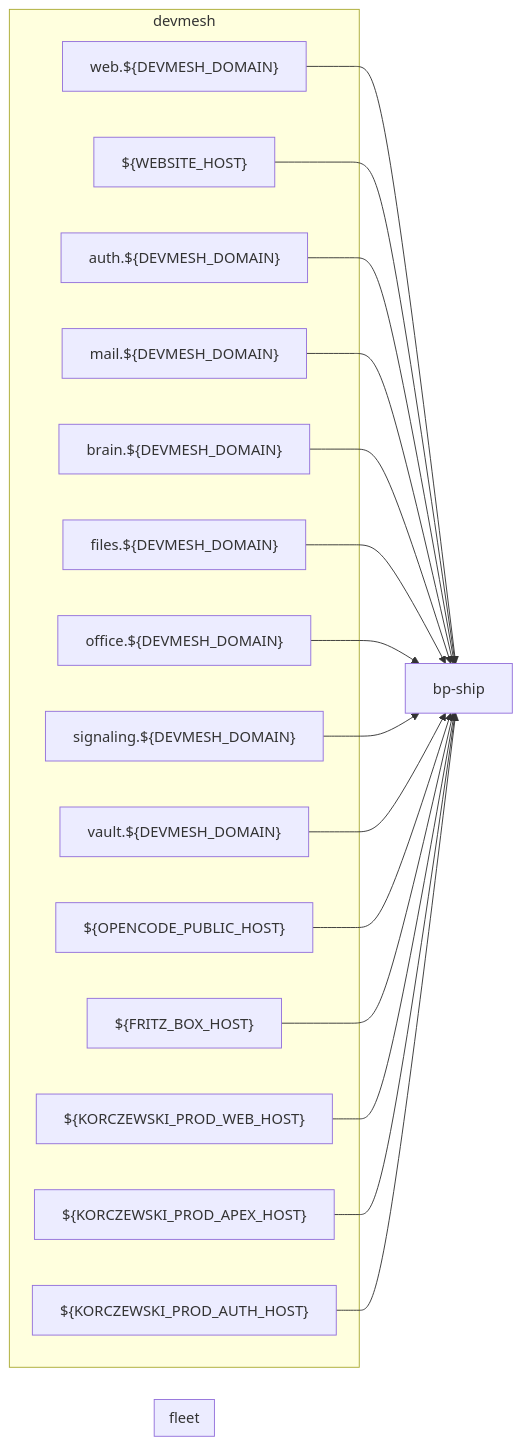
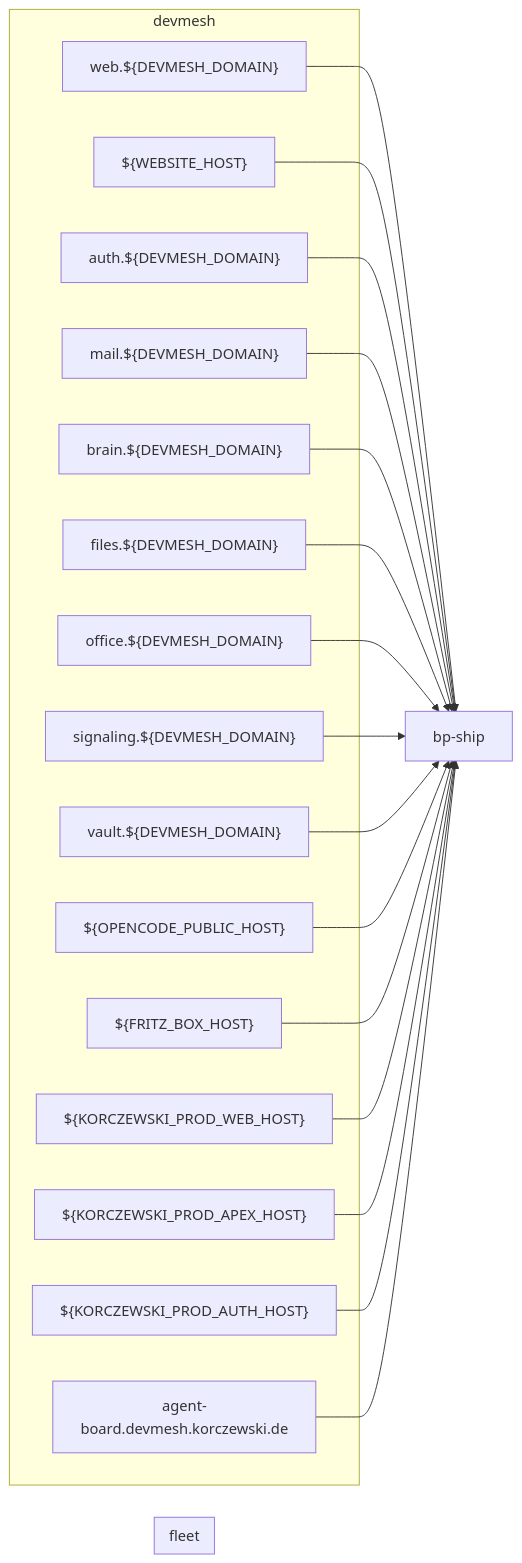
One commit to Paddione/Bachelorprojekt changed the diagram in docs/agent-guide/maps/domains-map.md. Above: the diagram before and after it, drawn with Mermaid. The commit also changed other lines of this file and 10 other files, not shown here.

First line of the commit message:
feat(docs): domains:graph — Subdomain-Auth/SSO/TLS im Repo-Graph, Seed-Clients opencode/fritz (#7085)

````diff
--- a/docs/agent-guide/maps/domains-map.md
+++ b/docs/agent-guide/maps/domains-map.md
@@ -8,36 +8,38 @@
 ```mermaid
 flowchart LR
     subgraph fleet["fleet"]
     end
     subgraph devmesh["devmesh"]
         devmesh_web["web.${DEVMESH_DOMAIN}"]
         devmesh_website_alias["${WEBSITE_HOST}"]
         devmesh_auth["auth.${DEVMESH_DOMAIN}"]
         devmesh_mail["mail.${DEVMESH_DOMAIN}"]
         devmesh_brain["brain.${DEVMESH_DOMAIN}"]
         devmesh_files["files.${DEVMESH_DOMAIN}"]
         devmesh_office["office.${DEVMESH_DOMAIN}"]
         devmesh_signaling["signaling.${DEVMESH_DOMAIN}"]
         devmesh_vault["vault.${DEVMESH_DOMAIN}"]
         devmesh_opencode["${OPENCODE_PUBLIC_HOST}"]
         devmesh_fritzbox["${FRITZ_BOX_HOST}"]
         korczewski_web_mirror["${KORCZEWSKI_PROD_WEB_HOST}"]
         korczewski_apex_mirror["${KORCZEWSKI_PROD_APEX_HOST}"]
         korczewski_auth_mirror["${KORCZEWSKI_PROD_AUTH_HOST}"]
+        devmesh_agent_board["agent-board.devmesh.korczewski.de"]
     end
     owner_bp_ship["bp-ship"]
     devmesh_web --> owner_bp_ship
     devmesh_website_alias --> owner_bp_ship
     devmesh_auth --> owner_bp_ship
     devmesh_mail --> owner_bp_ship
     devmesh_brain --> owner_bp_ship
     devmesh_files --> owner_bp_ship
     devmesh_office --> owner_bp_ship
     devmesh_signaling --> owner_bp_ship
     devmesh_vault --> owner_bp_ship
     devmesh_opencode --> owner_bp_ship
     devmesh_fritzbox --> owner_bp_ship
     korczewski_web_mirror --> owner_bp_ship
     korczewski_apex_mirror --> owner_bp_ship
     korczewski_auth_mirror --> owner_bp_ship
+    devmesh_agent_board --> owner_bp_ship
 ```
````
